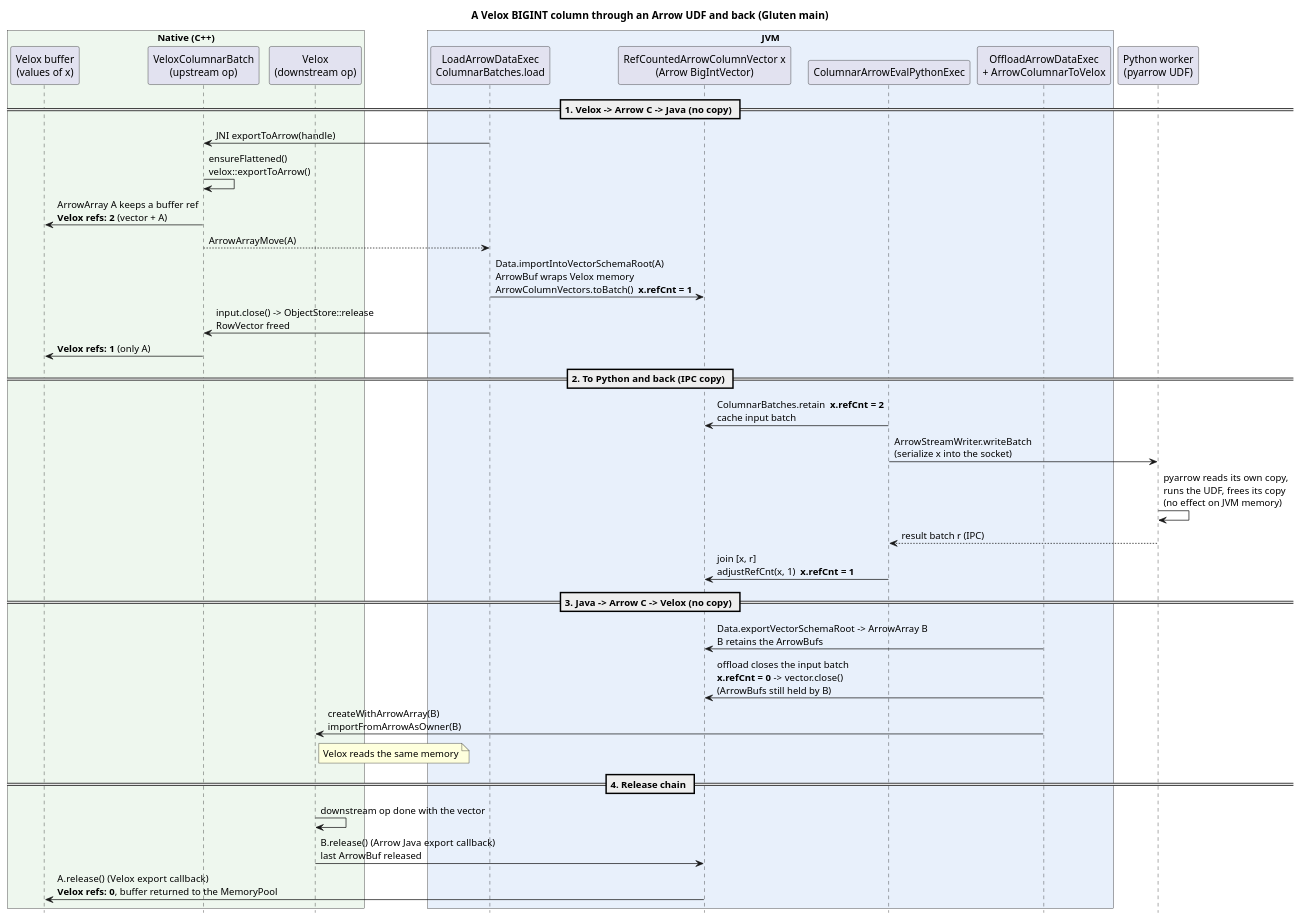
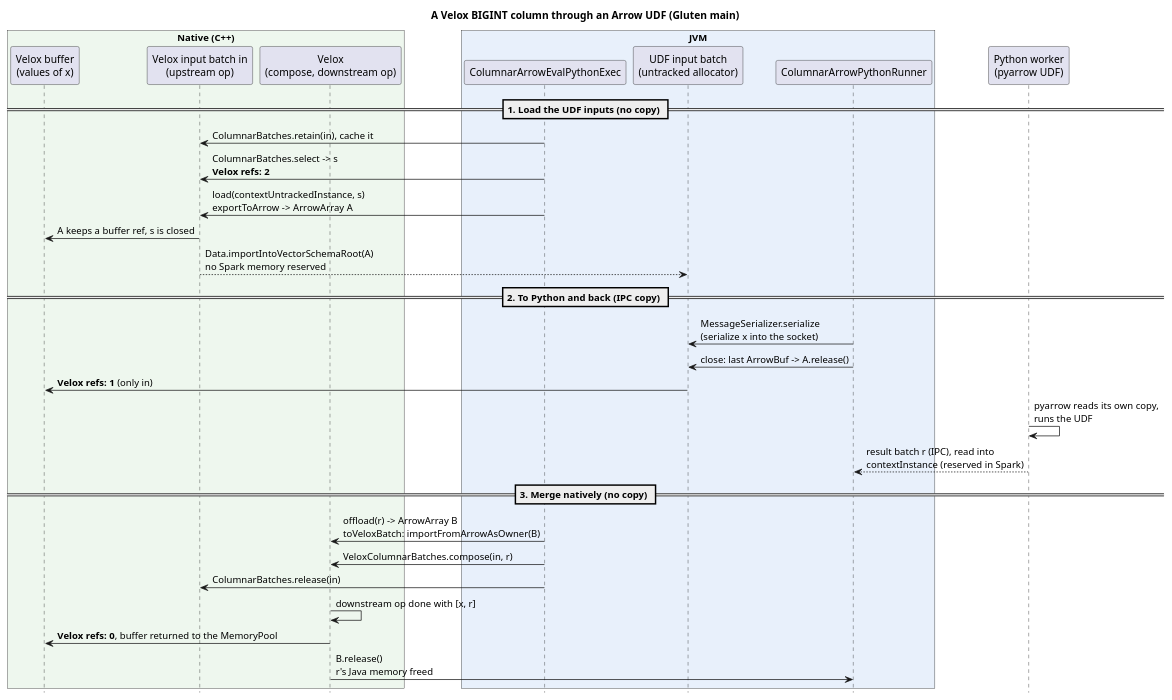
Before and after one commit to FelixYBW/gluten: the first of 2 diagrams in docs/backends/velox/developers/ArrowColumnarConversion.md, drawn with PlantUML. The commit also changed other lines of this file and 2 other files, not shown here.

````diff
--- a/docs/backends/velox/developers/ArrowColumnarConversion.md
+++ b/docs/backends/velox/developers/ArrowColumnarConversion.md
@@ -184,50 +182,44 @@
 ```plantuml
 @startuml VeloxColumnArrowUdfLifecycle
 skinparam shadowing false
 skinparam sequenceMessageAlign left
 skinparam responseMessageBelowArrow true
 hide footbox
 
-title A Velox BIGINT column through an Arrow UDF and back (Gluten main)
+title A Velox BIGINT column through an Arrow UDF (Gluten main)
 
 box "Native (C++)" #EEF7EE
 participant "Velox buffer\n(values of x)" as Buf
-participant "VeloxColumnarBatch\n(upstream op)" as VB
-participant "Velox\n(downstream op)" as VD
+participant "Velox input batch in\n(upstream op)" as VB
+participant "Velox\n(compose, downstream op)" as VD
 end box
 box "JVM" #E8F0FB
-participant "LoadArrowDataExec\nColumnarBatches.load" as Load
-participant "RefCountedArrowColumnVector x\n(Arrow BigIntVector)" as X
 participant "ColumnarArrowEvalPythonExec" as Py
-participant "OffloadArrowDataExec\n+ ArrowColumnarToVelox" as Off
+participant "UDF input batch\n(untracked allocator)" as X
+participant "ColumnarArrowPythonRunner" as R
 end box
 participant "Python worker\n(pyarrow UDF)" as W
 
-== 1. Velox -> Arrow C -> Java (no copy) ==
-Load -> VB : JNI exportToArrow(handle)
-VB -> VB : ensureFlattened()\nvelox::exportToArrow()
-VB -> Buf : ArrowArray A keeps a buffer ref\n<b>Velox refs: 2</b> (vector + A)
-VB --> Load : ArrowArrayMove(A)
-Load -> X : Data.importIntoVectorSchemaRoot(A)\nArrowBuf wraps Velox memory\nArrowColumnVectors.toBatch()  <b>x.refCnt = 1</b>
-Load -> VB : input.close() -> ObjectStore::release\nRowVector freed
-VB -> Buf : <b>Velox refs: 1</b> (only A)
+== 1. Load the UDF inputs (no copy) ==
+Py -> VB : ColumnarBatches.retain(in), cache it
+Py -> VB : ColumnarBatches.select -> s\n<b>Velox refs: 2</b>
+Py -> VB : load(contextUntrackedInstance, s)\nexportToArrow -> ArrowArray A
+VB -> Buf : A keeps a buffer ref, s is closed
+VB --> X : Data.importIntoVectorSchemaRoot(A)\nno Spark memory reserved
 
 == 2. To Python and back (IPC copy) ==
-Py -> X : ColumnarBatches.retain  <b>x.refCnt = 2</b>\ncache input batch
-Py -> W : ArrowStreamWriter.writeBatch\n(serialize x into the socket)
-W -> W : pyarrow reads its own copy,\nruns the UDF, frees its copy\n(no effect on JVM memory)
-W --> Py : result batch r (IPC)
-Py -> X : join [x, r]\nadjustRefCnt(x, 1)  <b>x.refCnt = 1</b>
+R -> X : MessageSerializer.serialize\n(serialize x into the socket)
+R -> X : close: last ArrowBuf -> A.release()
+X -> Buf : <b>Velox refs: 1</b> (only in)
+W -> W : pyarrow reads its own copy,\nruns the UDF
+W --> R : result batch r (IPC), read into\ncontextInstance (reserved in Spark)
 
-== 3. Java -> Arrow C -> Velox (no copy) ==
-Off -> X : Data.exportVectorSchemaRoot -> ArrowArray B\nB retains the ArrowBufs
-Off -> X : offload closes the input batch\n<b>x.refCnt = 0</b> -> vector.close()\n(ArrowBufs still held by B)
-Off -> VD : createWithArrowArray(B)\nimportFromArrowAsOwner(B)
-note right of VD : Velox reads the same memory
-
-== 4. Release chain ==
-VD -> VD : downstream op done with the vector
-VD -> X : B.release()  (Arrow Java export callback)\nlast ArrowBuf released
-X -> Buf : A.release()  (Velox export callback)\n<b>Velox refs: 0</b>, buffer returned to the MemoryPool
+== 3. Merge natively (no copy) ==
+Py -> VD : offload(r) -> ArrowArray B\ntoVeloxBatch: importFromArrowAsOwner(B)
+Py -> VD : VeloxColumnarBatches.compose(in, r)
+Py -> VB : ColumnarBatches.release(in)
+VD -> VD : downstream op done with [x, r]
+VD -> Buf : <b>Velox refs: 0</b>, buffer returned to the MemoryPool
+VD -> R : B.release()\nr's Java memory freed
 @enduml
 ```
````
